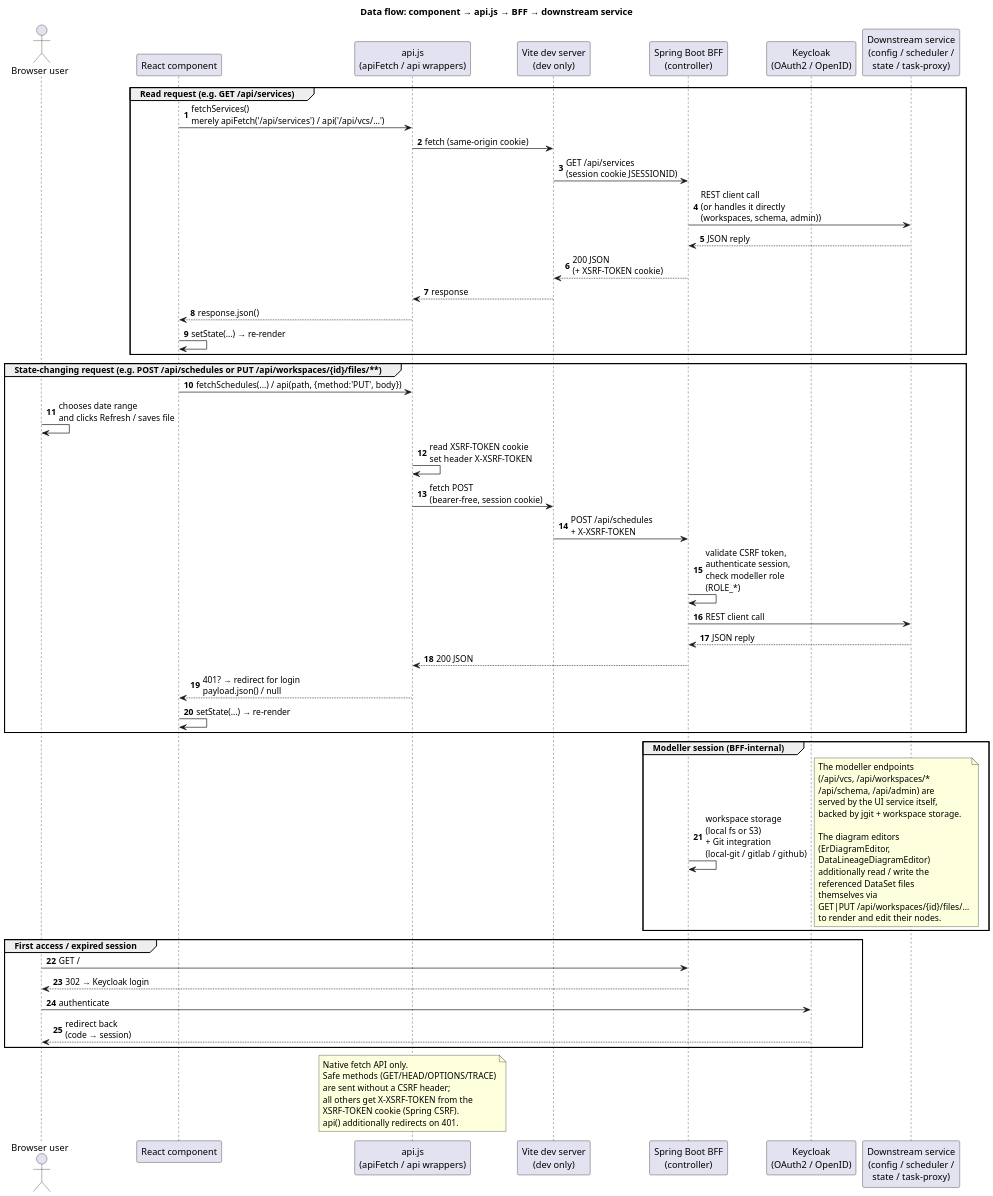
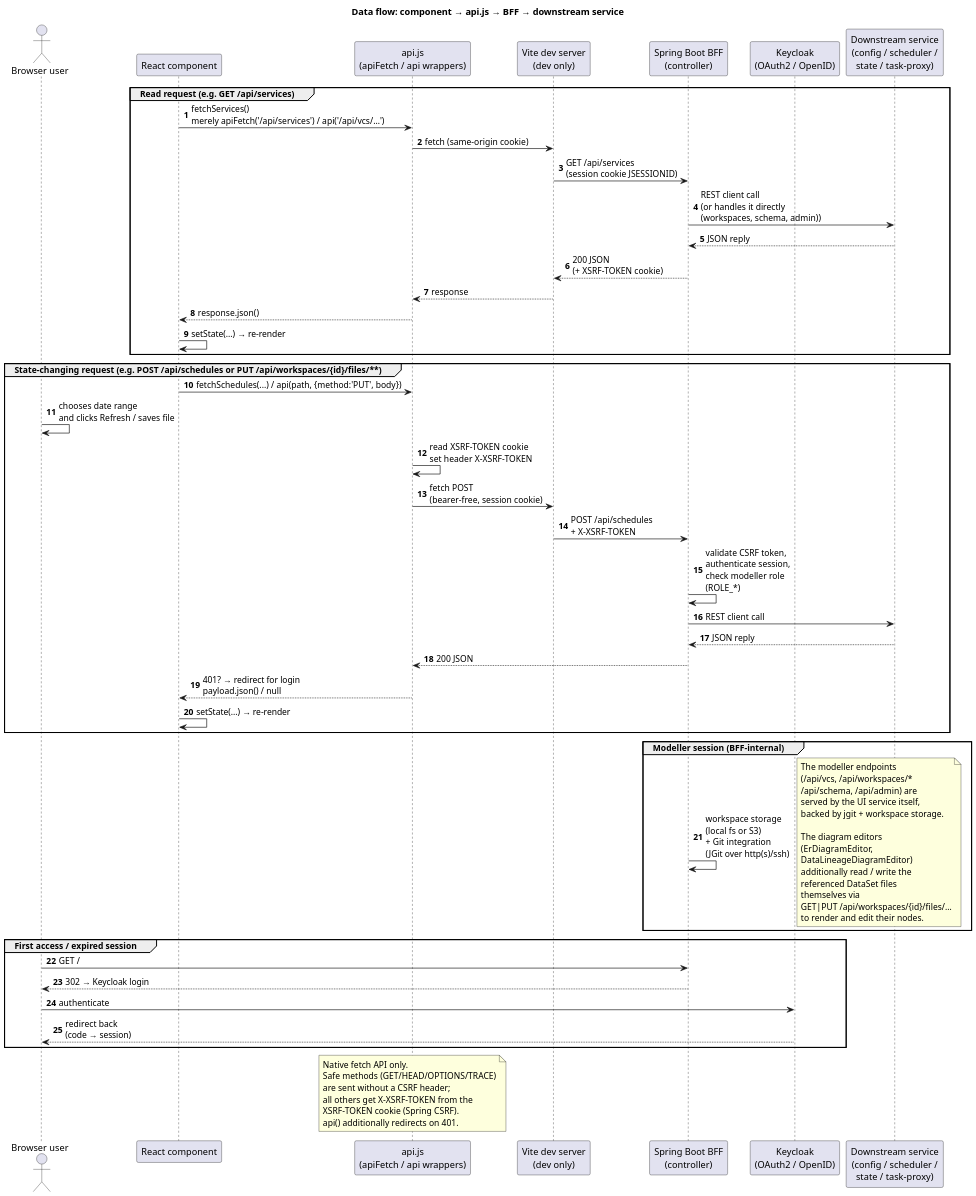
The diagram in jarina-ui-svc/doc-ru/arch/diagrams/data-flow.puml (zaytsevdmitry/lakehouse), drawn with PlantUML before and after one commit. The commit also changed 197 other files, not shown here.

```diff
--- a/jarina-ui-svc/doc-ru/arch/diagrams/data-flow.puml
+++ b/jarina-ui-svc/doc-ru/arch/diagrams/data-flow.puml
@@ -1,77 +1,77 @@
 @startuml
 title Data flow: component → api.js → BFF → downstream service
 skinparam shadowing false
 skinparam defaultFontName "Helvetica"
 skinparam dpi 150
 autonumber
 
 actor "Browser user" as user
 participant "React component" as comp
 participant "api.js\n(apiFetch / api wrappers)" as api
 participant "Vite dev server\n(dev only)" as vite
 participant "Spring Boot BFF\n(controller)" as bff
 participant "Keycloak\n(OAuth2 / OpenID)" as kc
 participant "Downstream service\n(config / scheduler /\nstate / task-proxy)" as ds
 
 group Read request (e.g. GET /api/services)
   comp -> api : fetchServices()\nmerely apiFetch('/api/services') / api('/api/vcs/…')
   api -> vite : fetch (same-origin cookie)
   vite -> bff : GET /api/services\n(session cookie JSESSIONID)
   bff -> ds : REST client call\n(or handles it directly\n(workspaces, schema, admin))
   ds --> bff : JSON reply
   bff --> vite : 200 JSON\n(+ XSRF-TOKEN cookie)
   vite --> api : response
   api --> comp : response.json()
   comp -> comp : setState(...) → re-render
 end
 
 group State-changing request (e.g. POST /api/schedules or PUT /api/workspaces/{id}/files/**)
   comp -> api : fetchSchedules(...) / api(path, {method:'PUT', body})
   user -> user : chooses date range\nand clicks Refresh / saves file
   api -> api : read XSRF-TOKEN cookie\nset header X-XSRF-TOKEN
   api -> vite : fetch POST\n(bearer-free, session cookie)
   vite -> bff : POST /api/schedules\n+ X-XSRF-TOKEN
   bff -> bff : validate CSRF token,\nauthenticate session,\ncheck modeller role\n(ROLE_*)
   bff -> ds : REST client call
   ds --> bff : JSON reply
   bff --> api : 200 JSON
   api --> comp : 401? → redirect for login\npayload.json() / null
   comp -> comp : setState(...) → re-render
 end
 
 group Modeller session (BFF-internal)
-  bff -> bff : workspace storage\n(local fs or S3)\n+ Git integration\n(local-git / gitlab / github)
+  bff -> bff : workspace storage\n(local fs or S3)\n+ Git integration\n(JGit over http(s)/ssh)
   note right
     The modeller endpoints
     (/api/vcs, /api/workspaces/*
     /api/schema, /api/admin) are
     served by the UI service itself,
     backed by jgit + workspace storage.
 
     The diagram editors
     (ErDiagramEditor,
     DataLineageDiagramEditor)
     additionally read / write the
     referenced DataSet files
     themselves via
     GET|PUT /api/workspaces/{id}/files/…
     to render and edit their nodes.
   end note
 end
 
 group First access / expired session
   user -> bff : GET /
   bff --> user : 302 → Keycloak login
   user -> kc : authenticate
   kc --> user : redirect back\n(code → session)
 end
 
 note over api
   Native fetch API only.
   Safe methods (GET/HEAD/OPTIONS/TRACE)
   are sent without a CSRF header;
   all others get X-XSRF-TOKEN from the
   XSRF-TOKEN cookie (Spring CSRF).
   api() additionally redirects on 401.
 end note
 @enduml
```
